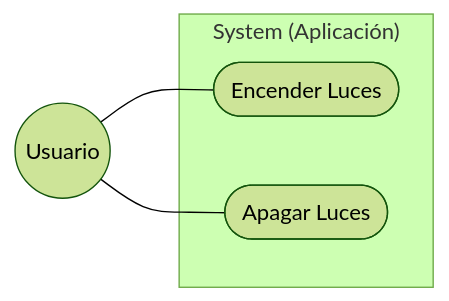
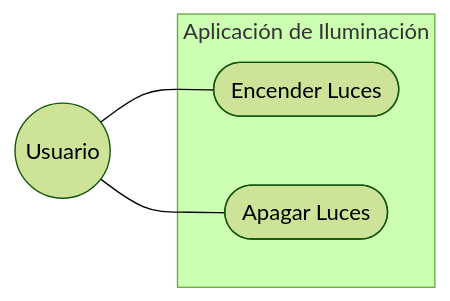
One commit to antondm11/Entornos-7.2 changed the first of 2 diagrams in README.md. Above: the diagram before and after it, drawn with Mermaid (forest theme). The commit also changed other lines of this file, not shown here.

Commit message:
Incorporar Diagrama 2 al README.md

````diff
--- a/README.md
+++ b/README.md
@@ -6,14 +6,14 @@
 ```mermaid
 graph LR
-%% Definir del Actor 
+%% Definir el Actor 
 Usuario((Usuario))
 %% Definir límite del Sistema
-subgraph "System (Aplicación)"
+subgraph "Aplicación de Iluminación"
 CU1([Encender Luces])
 CU2([Apagar Luces])
 end
 %% Definir relaciones Actor/Casos de Uso
 Usuario --- CU1
 Usuario --- CU2
 
 ```
````
